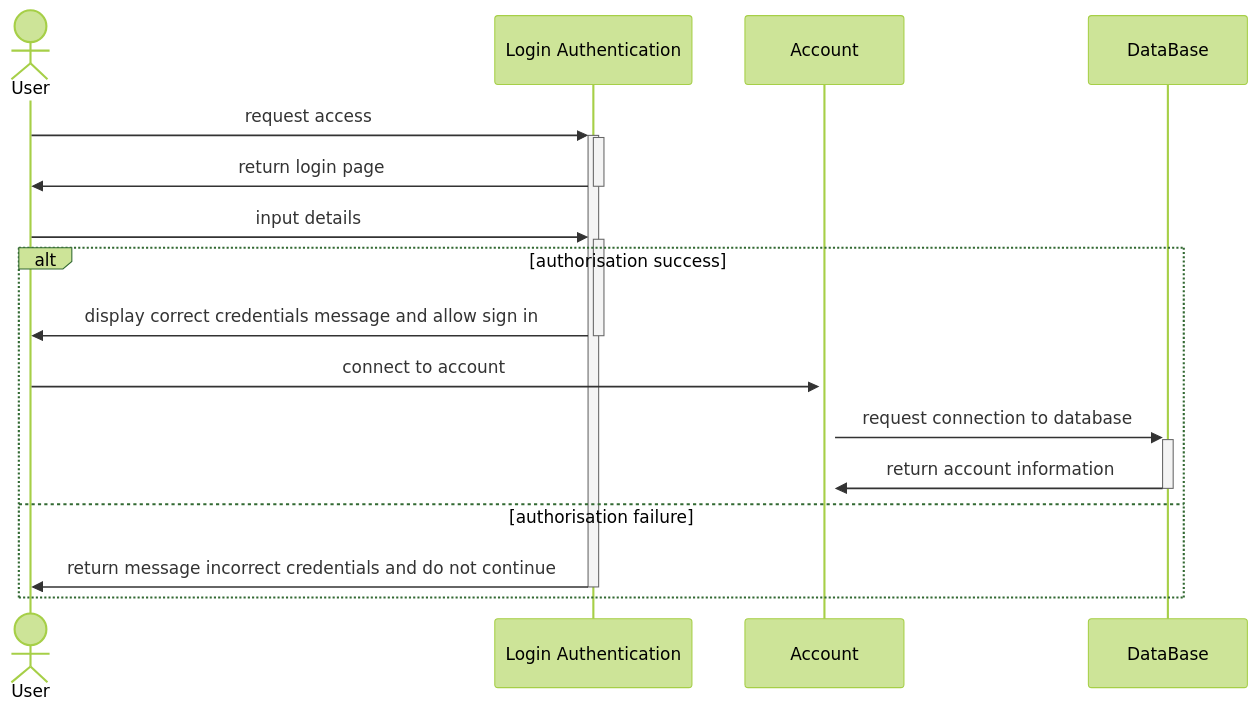
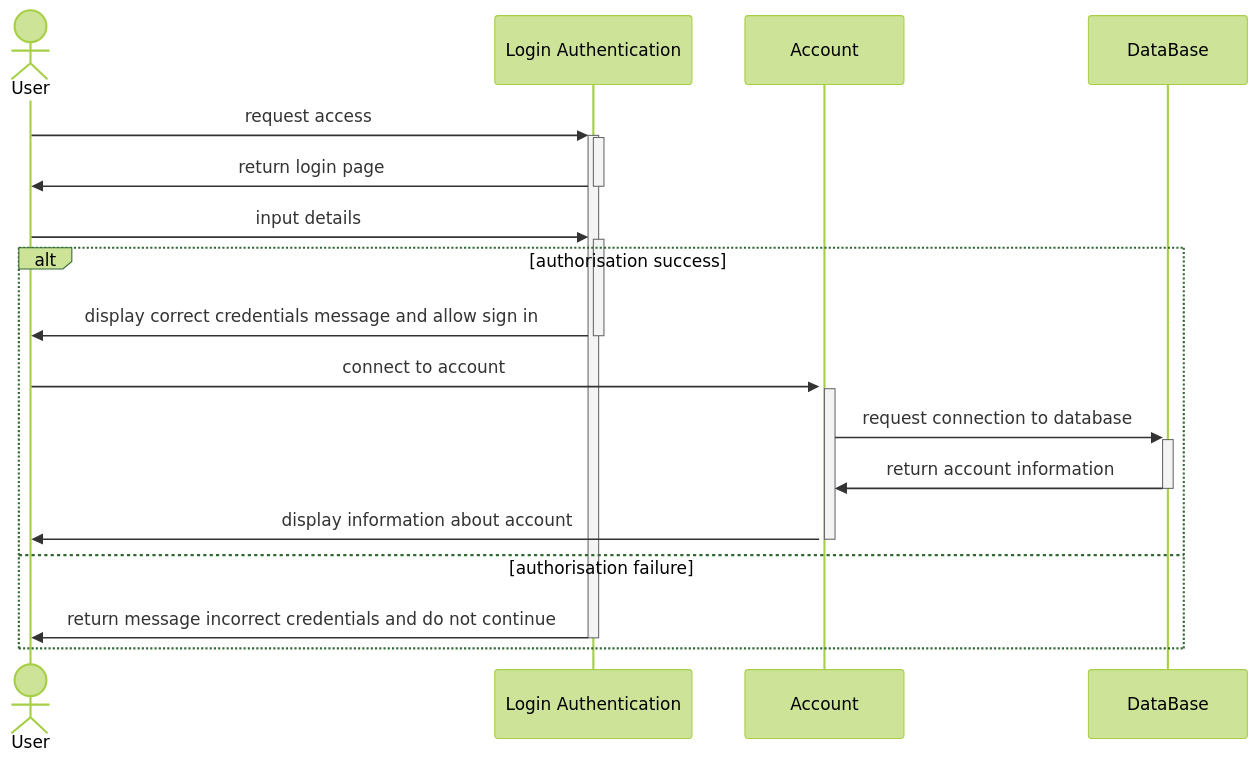
The first of 2 diagrams in README.md (UniOfGreenwich/softwareproject_-team3), drawn with Mermaid (forest theme) before and after one commit.

Commit message:
MOD: update sequence diagram

````diff
--- a/README.md
+++ b/README.md
@@ -3,17 +3,18 @@
 ```mermaid
 sequenceDiagram
 actor User
 User->>+Login Authentication: request access
 activate Login Authentication
 Login Authentication->>-User: return login page
 User->>+Login Authentication: input details
 alt authorisation success
 Login Authentication->>-User: display correct credentials message and allow sign in
 User->>+Account:connect to account
 activate Account
 Account->>+DataBase:request connection to database
 DataBase->>-Account:return account information
+Account->>-User:display information about account
 else authorisation failure
 Login Authentication->>-User: return message incorrect credentials and do not continue
 end
 ```
````
